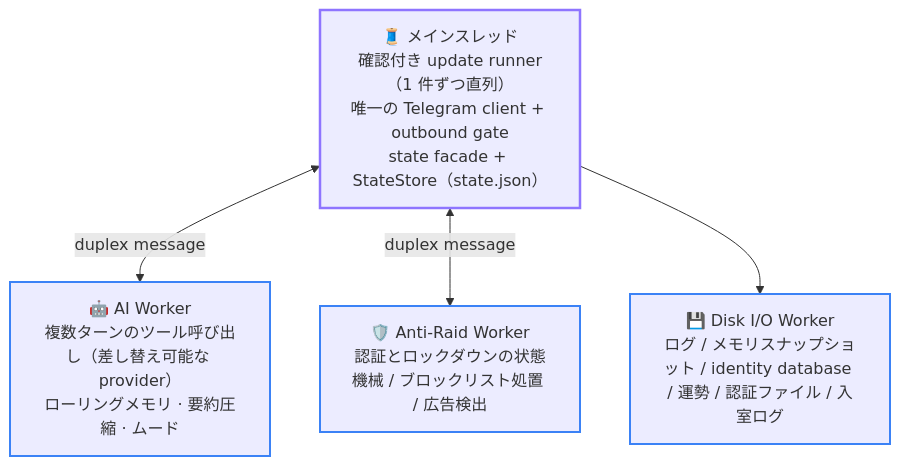
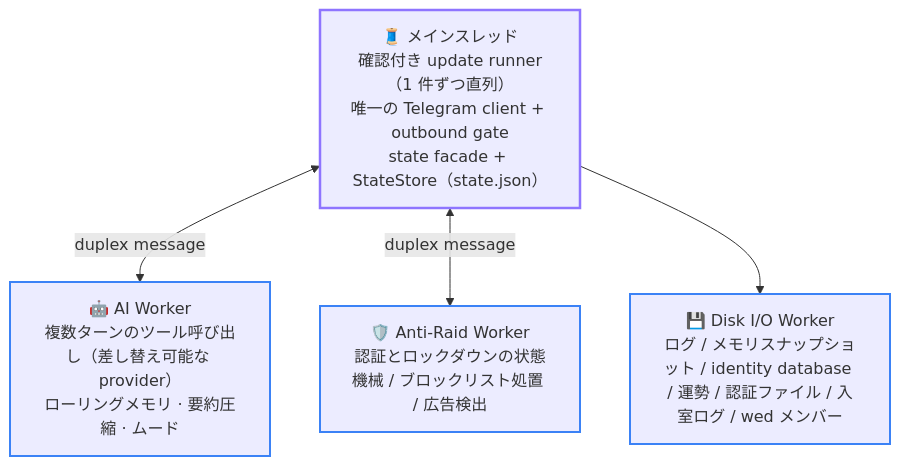
One commit to Asashishi/copy_ninjia changed the first of 2 diagrams in docs/ja/02-architecture.md. Above: the diagram before and after it, drawn with Mermaid. The commit also changed other lines of this file and 313 other files, not shown here.

````diff
--- a/docs/ja/02-architecture.md
+++ b/docs/ja/02-architecture.md
@@ -17,14 +17,14 @@
 ```mermaid
 flowchart TD
     classDef main stroke:#8e75ff,stroke-width:2.5px;
     classDef worker stroke:#3b82f6,stroke-width:2px;
 
     MAIN["🧵 メインスレッド<br/>確認付き update runner（1 件ずつ直列）<br/>唯一の Telegram client + outbound gate<br/>state facade + StateStore（state.json）"]:::main
     AI["🤖 AI Worker<br/>複数ターンのツール呼び出し（差し替え可能な provider）<br/>ローリングメモリ · 要約圧縮 · ムード"]:::worker
     RAID["🛡️ Anti-Raid Worker<br/>認証とロックダウンの状態機械 / ブロックリスト処置 / 広告検出"]:::worker
-    DISK["💾 Disk I/O Worker<br/>ログ / メモリスナップショット / identity database / 運勢 / 認証ファイル / 入室ログ"]:::worker
+    DISK["💾 Disk I/O Worker<br/>ログ / メモリスナップショット / identity database / 運勢 / 認証ファイル / 入室ログ / wed メンバー"]:::worker
 
     MAIN <-->|duplex message| AI
     MAIN <-->|duplex message| RAID
     MAIN --> DISK
 ```
````
